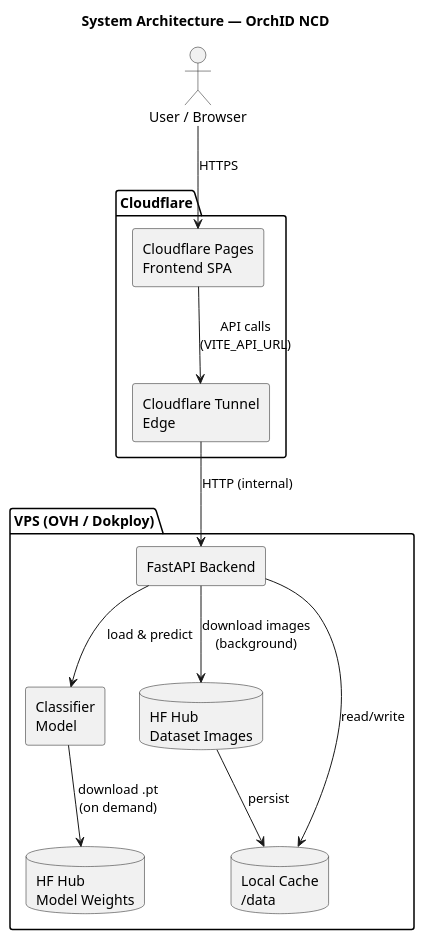
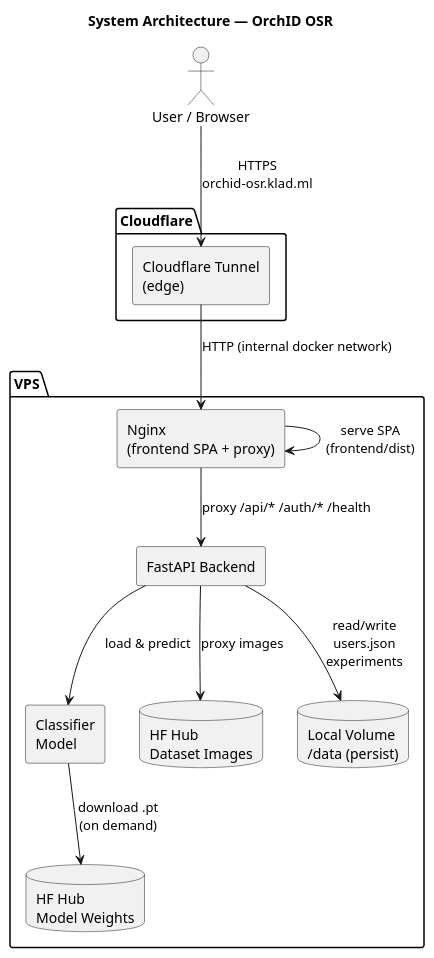
The diagram in docs/diagrams/architecture.puml (marcello-russo/orchid-osr), drawn with PlantUML before and after one commit. The commit also changed 2 other files, not shown here.

Commit message:
fix: architecture diagram (Cloudflare Pages → VPS + tunnel)

```diff
--- a/docs/diagrams/architecture.puml
+++ b/docs/diagrams/architecture.puml
@@ -1,33 +1,33 @@
 @startuml
 skinparam backgroundColor white
 skinparam componentStyle rectangle
 
-title System Architecture — OrchID NCD
+title System Architecture — OrchID OSR
 
 actor "User / Browser" as user
 
 package "Cloudflare" {
-  component "Cloudflare Pages\nFrontend SPA" as pages
-  component "Cloudflare Tunnel\nEdge" as tunnel_edge
+  component "Cloudflare Tunnel\n(edge)" as tunnel
 }
 
-package "VPS (OVH / Dokploy)" {
+package "VPS" {
+  component "Nginx\n(frontend SPA + proxy)" as nginx
   component "FastAPI Backend" as api
   component "Classifier\nModel" as model
   database "HF Hub\nModel Weights" as hf_models
   database "HF Hub\nDataset Images" as hf_data
-  database "Local Cache\n/data" as cache
+  database "Local Volume\n/data (persist)" as cache
 }
 
-user --> pages : HTTPS
-pages --> tunnel_edge : API calls\n(VITE_API_URL)
+user --> tunnel : HTTPS\norchid-osr.klad.ml
+tunnel --> nginx : HTTP (internal docker network)
 
-tunnel_edge --> api : HTTP (internal)
+nginx --> api : proxy /api/* /auth/* /health
+nginx --> nginx : serve SPA\n(frontend/dist)
 
 api --> model : load & predict
 model --> hf_models : download .pt\n(on demand)
-api --> hf_data : download images\n(background)
-hf_data --> cache : persist
-api --> cache : read/write
+api --> hf_data : proxy images
+api --> cache : read/write\nusers.json\nexperiments
 
 @enduml
```
